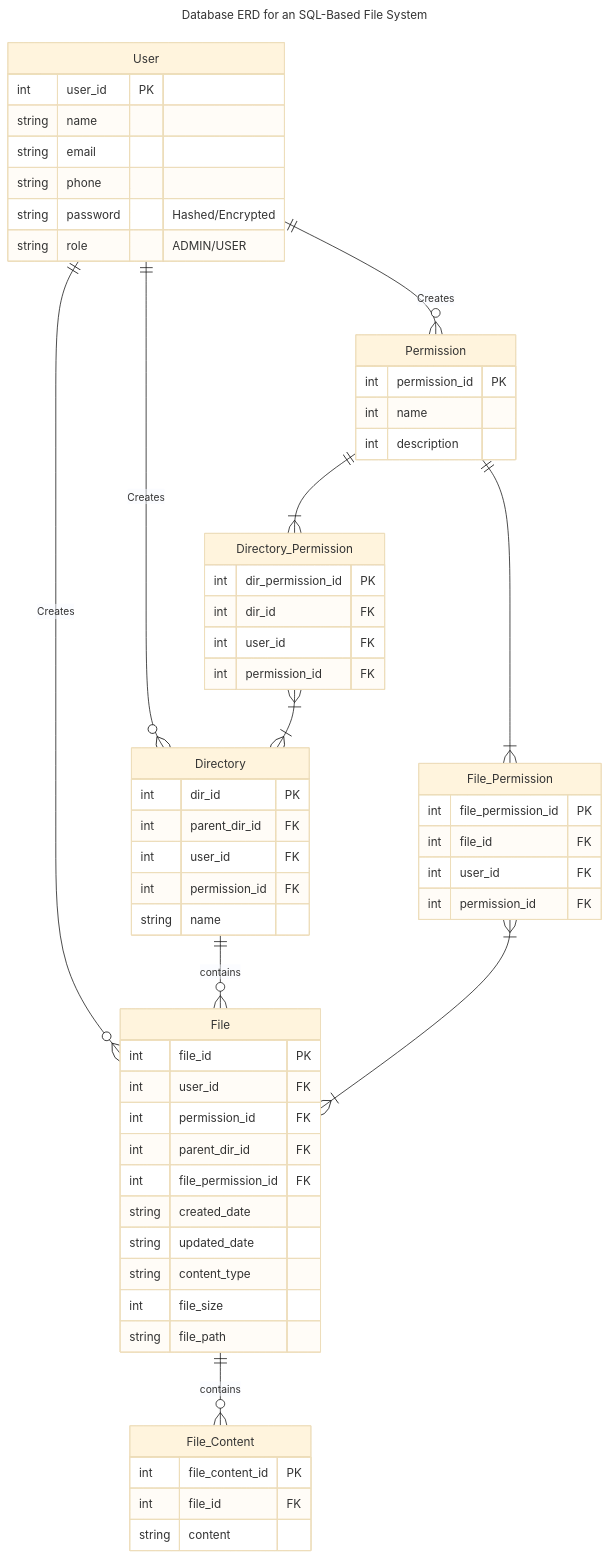
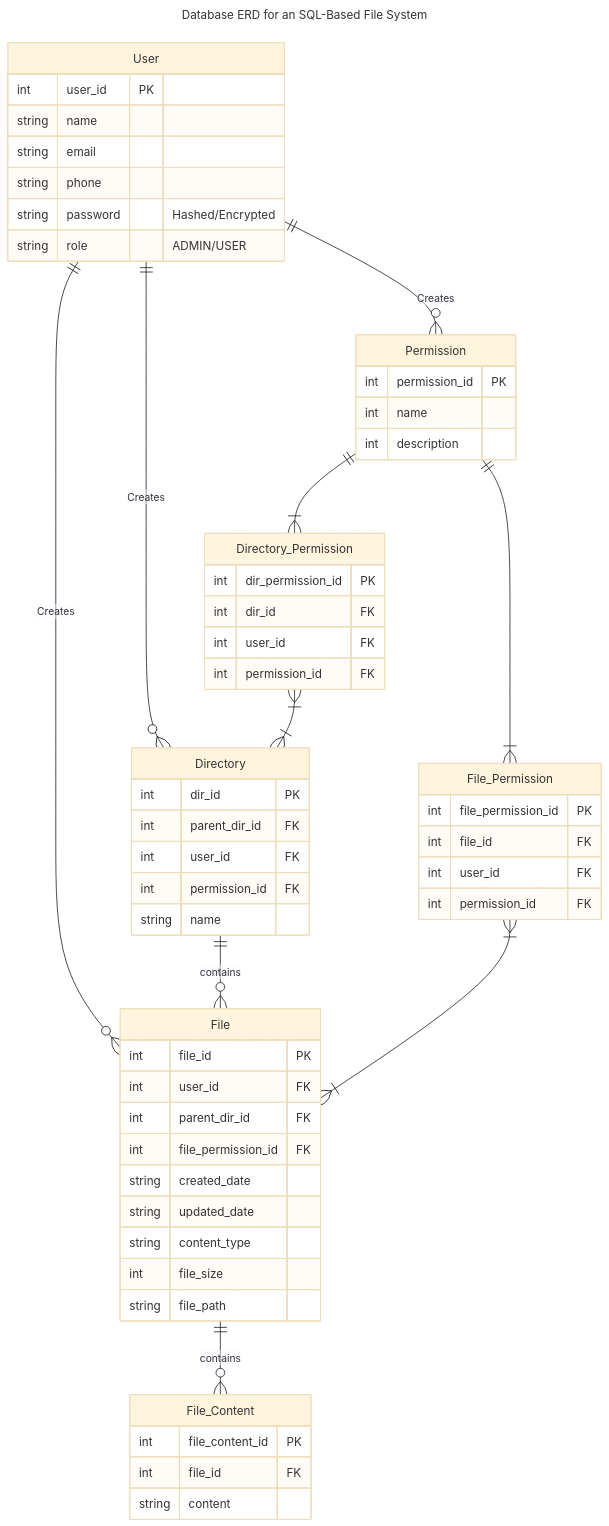
The second of 5 diagrams in README.md (amdy87/MySQL-Filesystem), drawn with Mermaid (base theme) before and after one commit.

Commit message:
Update file README.md

````diff
--- a/README.md
+++ b/README.md
@@ -229,74 +229,73 @@
 ```mermaid
 ---
 title: Database ERD for an SQL-Based File System
 ---
 
 erDiagram
     User ||--o{ File : "Creates"
     User ||--o{ Directory: "Creates"
     User ||--o{ Permission: "Creates"
     Directory ||--o{ File : "contains"
     File ||--o{ File_Content : "contains"
     Permission ||--|{ File_Permission: ""
     Permission ||--|{ Directory_Permission: ""
     File_Permission }|--|{ File: ""
     Directory_Permission }|--|{ Directory: ""
 
     User {
         int user_id PK
         string name
         string email
         string phone
         string password "Hashed/Encrypted"
         string role "ADMIN/USER"
     }
 
     Permission {
         int permission_id PK
         int name
         int description
     }
 
     File {
         int file_id PK
         int user_id FK
-        int permission_id FK
         int parent_dir_id FK
         int file_permission_id FK
         string created_date
         string updated_date
         string content_type
         int file_size
         string file_path
     }
     File_Permission {
         int file_permission_id PK
         int file_id FK
         int user_id FK
         int permission_id FK
     }
     
     Directory_Permission {
         int dir_permission_id PK
         int dir_id FK
         int user_id FK
         int permission_id FK
     }
 
     Directory {
         int dir_id PK
         int parent_dir_id FK
         int user_id FK
         int permission_id FK
         string name
     }
 
     File_Content {
         int file_content_id PK
         int file_id FK
         string content
     }
 
 
 
 ```
````
